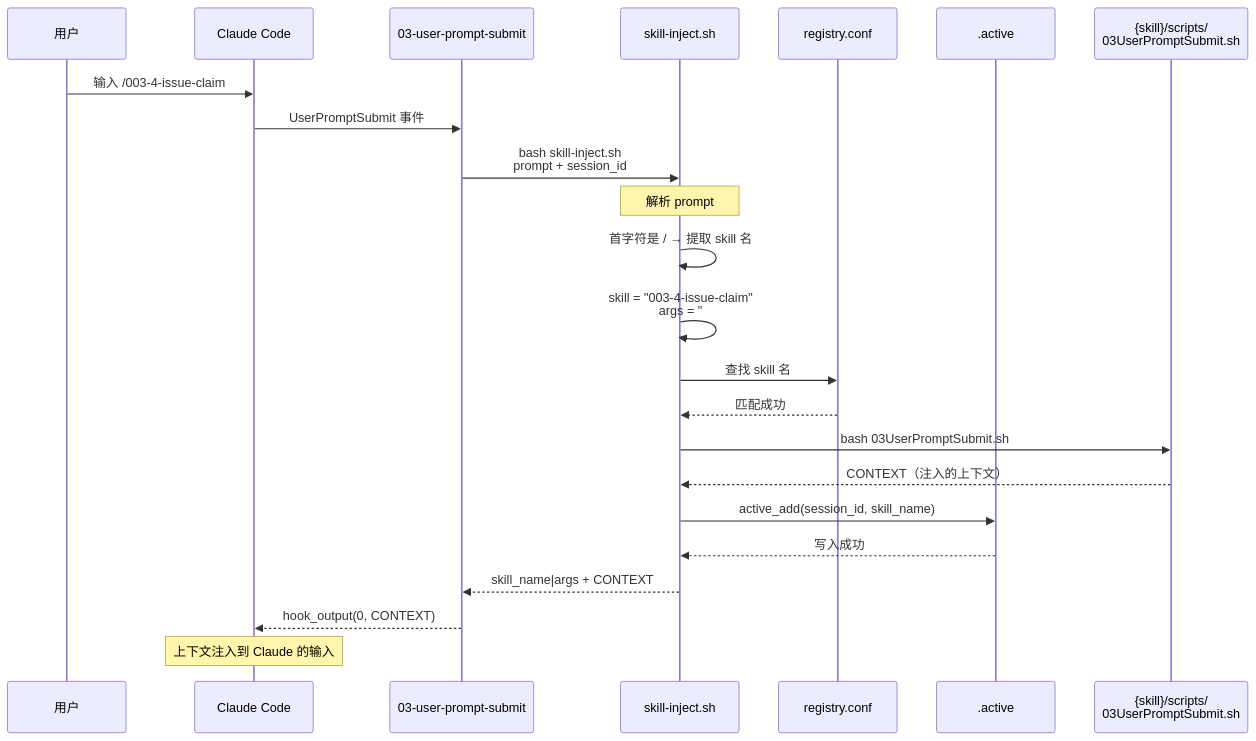
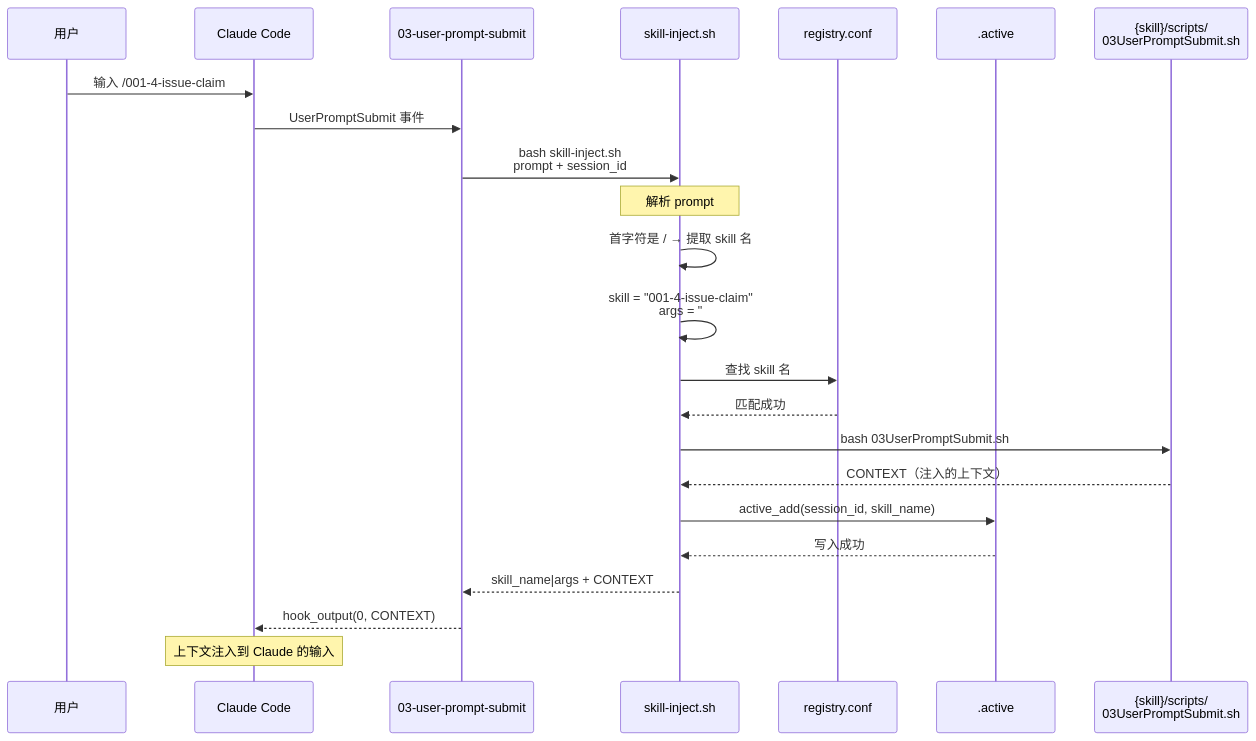
One commit to xiaoheiDTF/claude-hk changed the fourth of 10 diagrams in doc/redeme/hooks-skills-diagrams.md. Above: the diagram before and after it, drawn with Mermaid. The commit also changed other lines of this file and 43 other files, not shown here.

````diff
--- a/doc/redeme/hooks-skills-diagrams.md
+++ b/doc/redeme/hooks-skills-diagrams.md
@@ -163,31 +163,31 @@
 ```mermaid
 sequenceDiagram
     participant User as 用户
     participant CC as Claude Code
     participant H03 as 03-user-prompt-submit
     participant SI as skill-inject.sh
     participant Reg as registry.conf
     participant Active as .active
     participant Skill as {skill}/scripts/<br/>03UserPromptSubmit.sh
 
-    User->>CC: 输入 /003-4-issue-claim #42
+    User->>CC: 输入 /001-4-issue-claim #42
     CC->>H03: UserPromptSubmit 事件
     H03->>SI: bash skill-inject.sh<br/>prompt + session_id
 
     Note over SI: 解析 prompt
     SI->>SI: 首字符是 / → 提取 skill 名
-    SI->>SI: skill = "003-4-issue-claim"<br/>args = "#42"
+    SI->>SI: skill = "001-4-issue-claim"<br/>args = "#42"
 
     SI->>Reg: 查找 skill 名
     Reg-->>SI: 匹配成功
 
     SI->>Skill: bash 03UserPromptSubmit.sh
     Skill-->>SI: CONTEXT（注入的上下文）
 
     SI->>Active: active_add(session_id, skill_name)
     Active-->>SI: 写入成功
 
     SI-->>H03: skill_name|args + CONTEXT
     H03-->>CC: hook_output(0, CONTEXT)
     Note over CC: 上下文注入到 Claude 的输入
 ```
````
